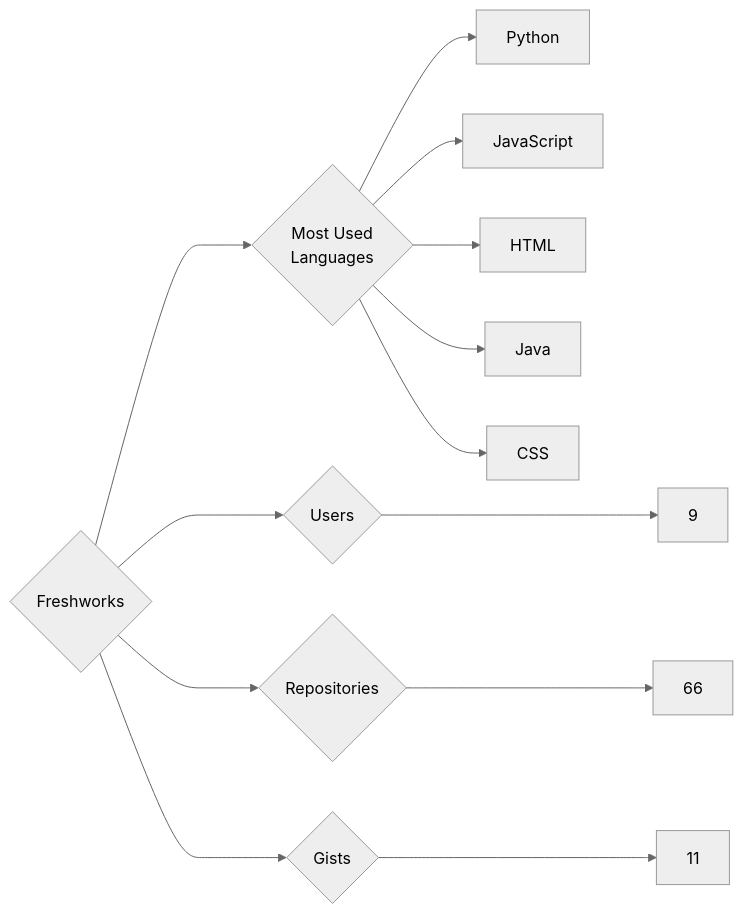
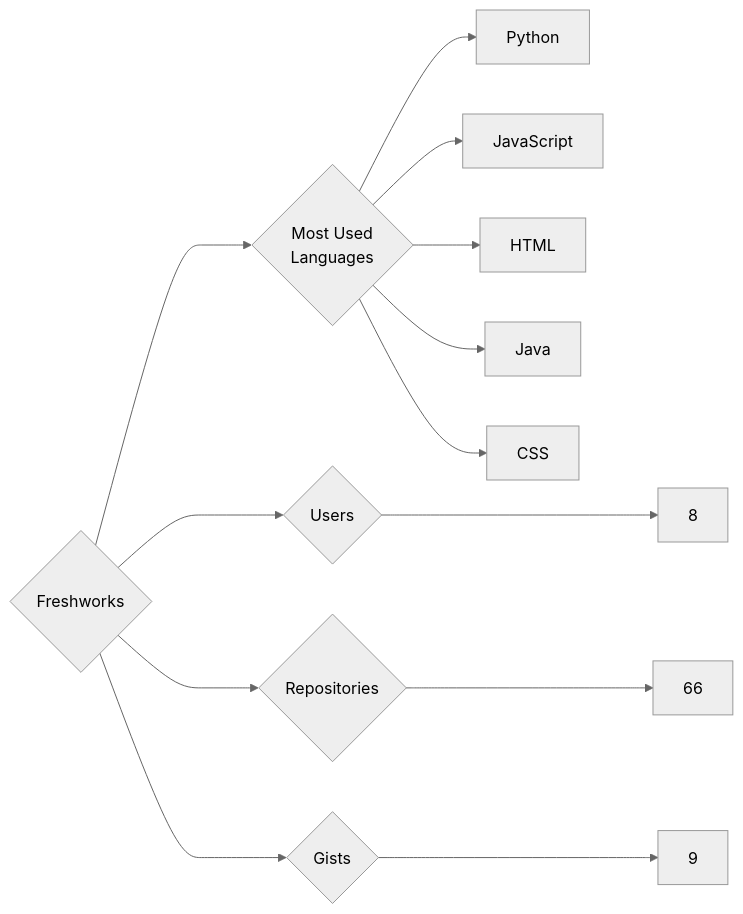
The diagram in targets/Freshworks/README.md (trickest/insiders), drawn with Mermaid (neutral theme) before and after one commit. The commit also changed 1030 other files, not shown here.

````diff
--- a/targets/Freshworks/README.md
+++ b/targets/Freshworks/README.md
@@ -3,13 +3,13 @@
 ```mermaid
 graph LR
 COMPANY_NAME{Freshworks}
-COMPANY_NAME ---> U{Users} ---> UN[9]
+COMPANY_NAME ---> U{Users} ---> UN[8]
 COMPANY_NAME ---> R{Repositories} ---> RN[66]
-COMPANY_NAME ---> G{Gists} ---> GN[11]
+COMPANY_NAME ---> G{Gists} ---> GN[9]
 COMPANY_NAME ---> ML{Most Used<br>Languages}
 ML --> Python[Python]
 ML --> JavaScript[JavaScript]
 ML --> HTML[HTML]
 ML --> Java[Java]
 ML --> CSS[CSS]
 ```
````
